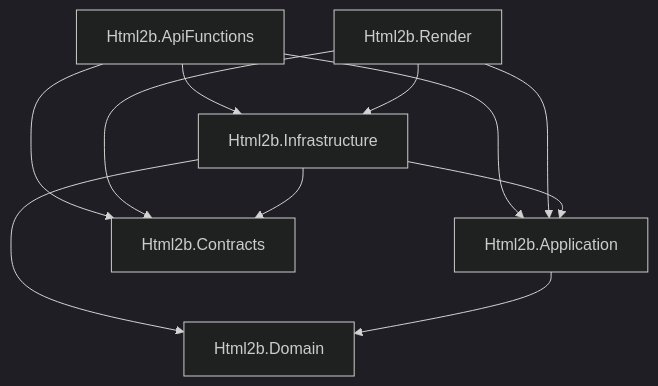
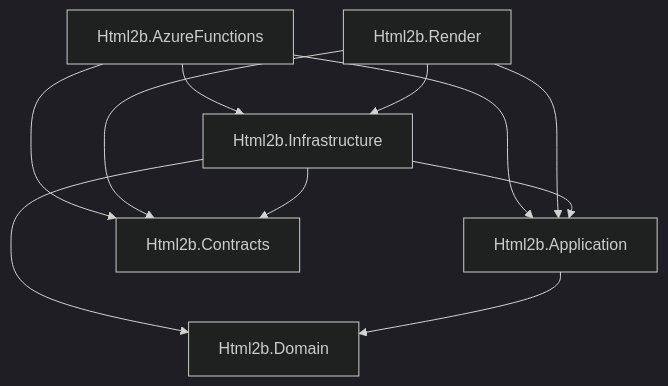
One commit to george-pov/html2b changed the second of 2 diagrams in docs/api/architecture.md. Above: the diagram before and after it, drawn with Mermaid (dark theme). The commit also changed other lines of this file and 12 other files, not shown here.

Commit message:
Renamed ApiFunctions to AzureFunctions

````diff
--- a/docs/api/architecture.md
+++ b/docs/api/architecture.md
@@ -107,16 +107,16 @@
 ```mermaid
 flowchart TD
-    Api["Html2b.ApiFunctions"] --> Application["Html2b.Application"]
+    Api["Html2b.AzureFunctions"] --> Application["Html2b.Application"]
     Api --> Infrastructure["Html2b.Infrastructure"]
     Api --> Contracts["Html2b.Contracts"]
 
     Render["Html2b.Render"] --> Application
     Render --> Infrastructure
     Render --> Contracts
 
     Infrastructure --> Application
     Infrastructure --> Domain["Html2b.Domain"]
     Infrastructure --> Contracts
 
     Application --> Domain
 ```
````
